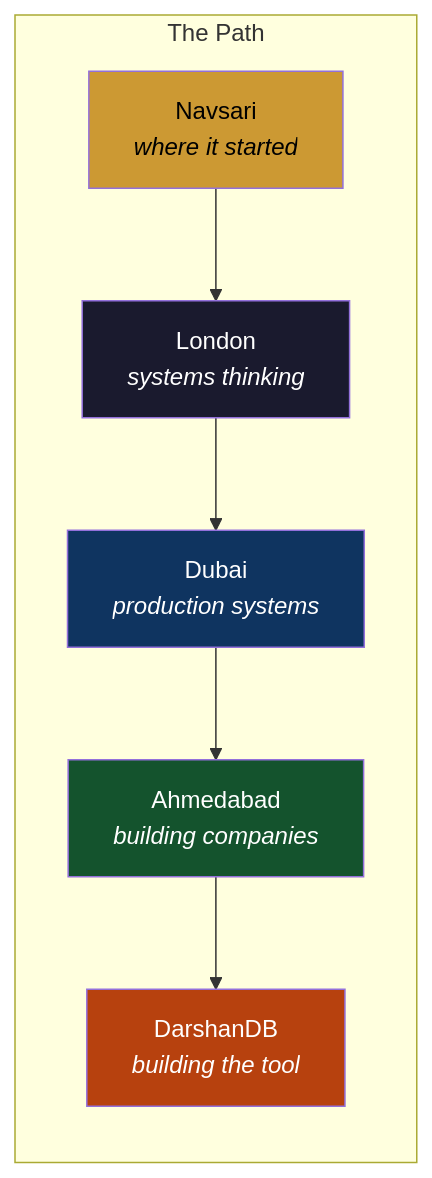
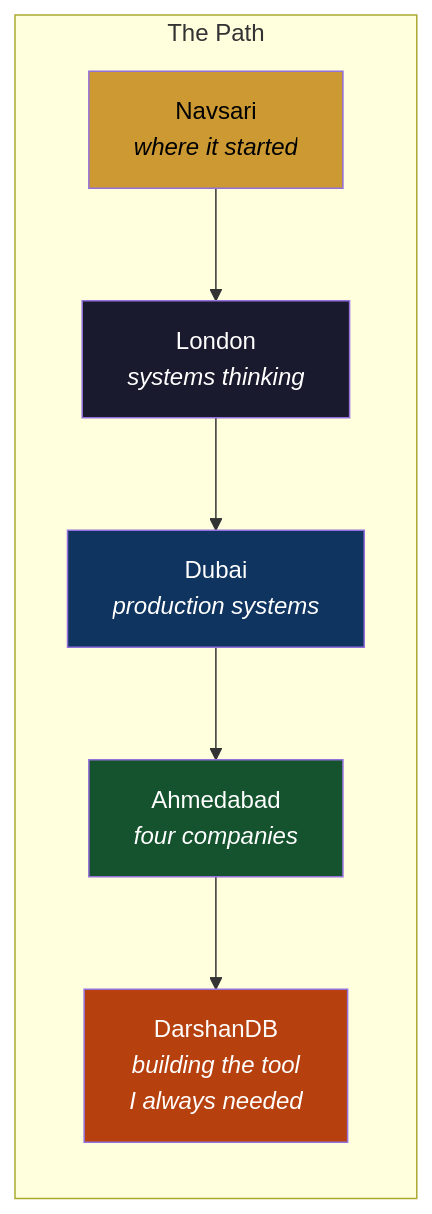
Before and after one commit to darshjme/darshjdb: the first of 11 diagrams in README.md, drawn with Mermaid. The commit also changed other lines of this file, not shown here.

First line of the commit message:
docs: definitive README — 11 Mermaid diagrams, real founder story, honest alpha

````diff
--- a/README.md
+++ b/README.md
@@ -44,15 +47,15 @@
 ```mermaid
 graph LR
     subgraph Journey["The Path"]
         N["Navsari\n<i>where it started</i>"] --> L["London\n<i>systems thinking</i>"]
         L --> D["Dubai\n<i>production systems</i>"]
-        D --> A["Ahmedabad\n<i>building companies</i>"]
-        A --> DB["DarshanDB\n<i>building the tool</i>"]
+        D --> A["Ahmedabad\n<i>four companies</i>"]
+        A --> DB["DarshanDB\n<i>building the tool\nI always needed</i>"]
     end
 
     style N fill:#cc9933,color:#000
     style L fill:#1a1a2e,color:#fff
     style D fill:#0f3460,color:#fff
     style A fill:#14532d,color:#fff
     style DB fill:#B7410E,color:#fff
 ```
````
